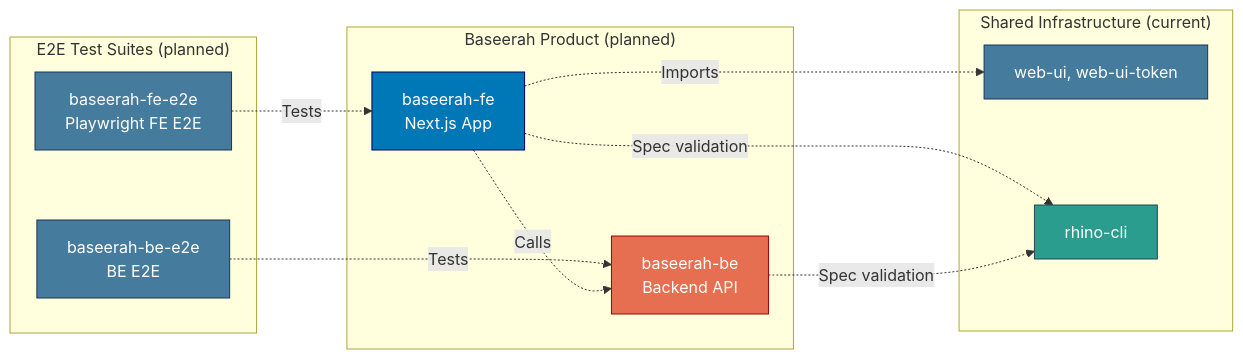
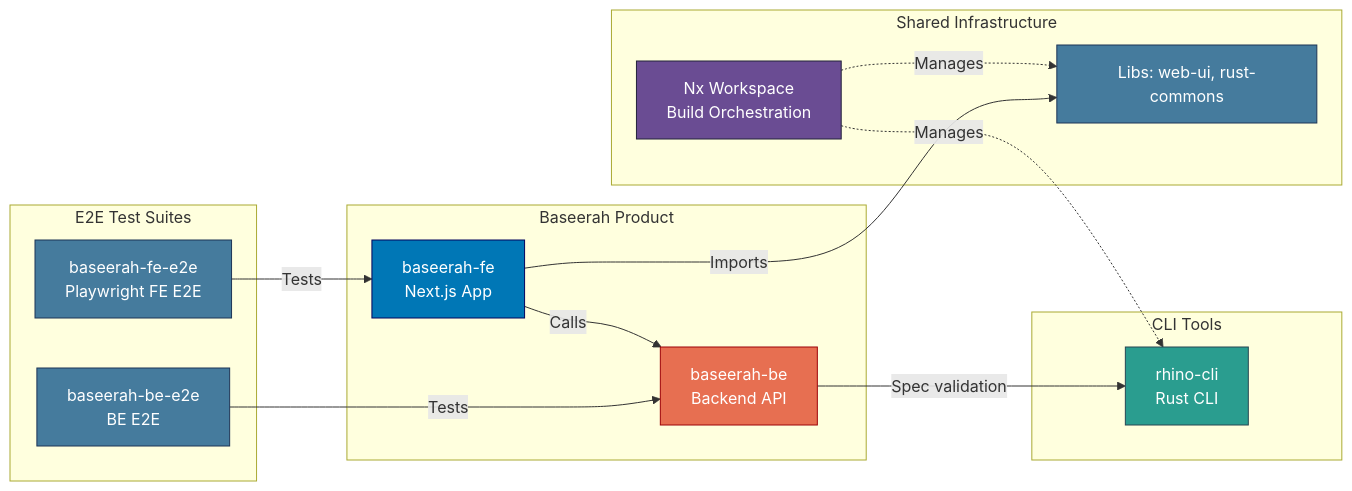
The diagram in docs/reference/system-architecture/applications.md (wahidyankf/baseerah), drawn with Mermaid before and after one commit. The commit also changed other lines of this file and 67 other files, not shown here.

````diff
--- a/docs/reference/system-architecture/applications.md
+++ b/docs/reference/system-architecture/applications.md
@@ -86,31 +65,37 @@
 ```mermaid
 graph LR
-    subgraph "Baseerah Product (planned)"
+    subgraph "CLI Tools"
+        RHINO[rhino-cli<br/>Rust CLI]
+    end
+
+    subgraph "Baseerah Product"
         FE[baseerah-fe<br/>Next.js App]
         BE[baseerah-be<br/>Backend API]
     end
 
-    subgraph "E2E Test Suites (planned)"
+    subgraph "E2E Test Suites"
         FE_E2E[baseerah-fe-e2e<br/>Playwright FE E2E]
         BE_E2E[baseerah-be-e2e<br/>BE E2E]
     end
 
-    subgraph "Shared Infrastructure (current)"
-        LIBS[web-ui, web-ui-token]
-        RHINO[rhino-cli]
+    subgraph "Shared Infrastructure"
+        LIBS[Libs: web-ui, rust-commons]
+        NX[Nx Workspace<br/>Build Orchestration]
     end
 
-    FE_E2E -.->|Tests| FE
-    BE_E2E -.->|Tests| BE
-    FE -.->|Calls| BE
-    FE -.->|Imports| LIBS
-    FE -.->|Spec validation| RHINO
-    BE -.->|Spec validation| RHINO
+    FE_E2E -->|Tests| FE
+    BE_E2E -->|Tests| BE
+    FE -->|Calls| BE
+    FE -->|Imports| LIBS
+    BE -->|Spec validation| RHINO
+    NX -.->|Manages| RHINO
+    NX -.->|Manages| LIBS
 
+    style RHINO fill:#2a9d8f,stroke:#264653,color:#ffffff
     style FE fill:#0077b6,stroke:#03045e,color:#ffffff
     style BE fill:#e76f51,stroke:#9d0208,color:#ffffff
     style FE_E2E fill:#457b9d,stroke:#1d3557,color:#ffffff
     style BE_E2E fill:#457b9d,stroke:#1d3557,color:#ffffff
     style LIBS fill:#457b9d,stroke:#1d3557,color:#ffffff
-    style RHINO fill:#2a9d8f,stroke:#264653,color:#ffffff
+    style NX fill:#6a4c93,stroke:#22223b,color:#ffffff
 ```
````
